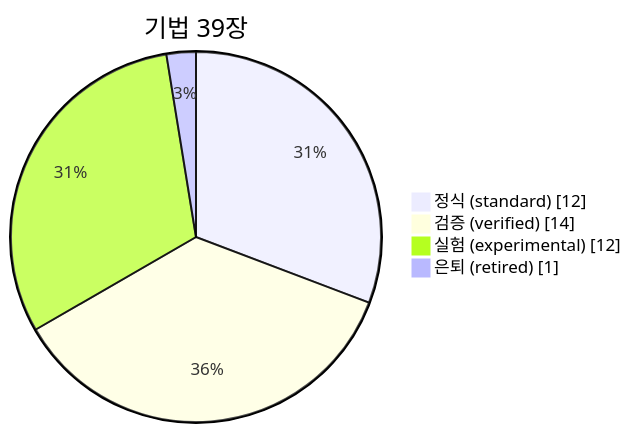
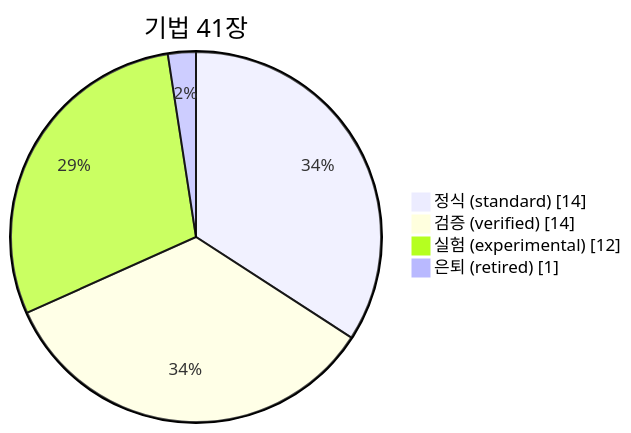
One commit to csbakk/clone-kb changed the diagram in README.md. Above: the diagram before and after it, drawn with Mermaid. The commit also changed other lines of this file and 3 other files, not shown here.

````diff
--- a/README.md
+++ b/README.md
@@ -32,8 +32,8 @@
 ```mermaid
 pie showData
-    title 기법 39장
-    "정식 (standard)" : 12
+    title 기법 41장
+    "정식 (standard)" : 14
     "검증 (verified)" : 14
     "실험 (experimental)" : 12
     "은퇴 (retired)" : 1
 ```
````
